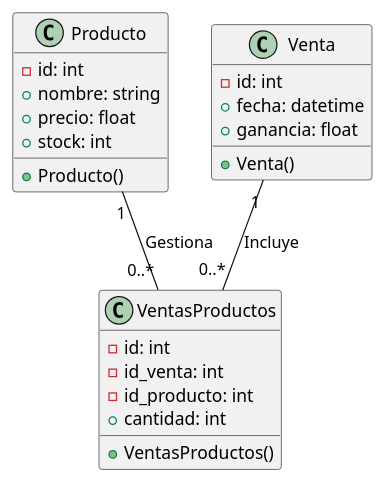
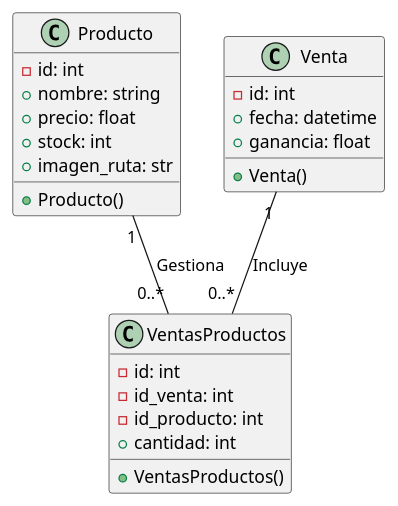
One commit to OverCV/Portalapp changed the diagram in .docs/architecture/classes.plantuml. Above: the diagram before and after it, drawn with PlantUML. The commit also changed 6 other files, not shown here.

Commit message:
Correcting fields and diagrams.

```diff
--- a/.docs/architecture/classes.plantuml
+++ b/.docs/architecture/classes.plantuml
@@ -1,64 +1,65 @@
 @startuml Diagrama de clases
 
 
 class Producto {
     -id: int
     +nombre: string
     +precio: float
     +stock: int
+    +imagen_ruta: str
     +Producto()
 }
 
 class VentasProductos {
     -id: int
     -id_venta: int
     -id_producto: int
     +cantidad: int
     +VentasProductos()
 }
 
 class Venta {
     -id: int
     +fecha: datetime
     +ganancia: float
     +Venta()
 }
 
 Venta "1" -- "0..*" VentasProductos : "Incluye"
 Producto "1" -- "0..*" VentasProductos : "Gestiona"
 
 /'
 ' Classes for later on implementation...
 
 class Deuda {
     -id: int
     -id_cliente: int
     +valor: float
     +Deuda()
 }
 
 class Cliente {
     -id: int
     +nombre: string
     +telefono: string
     +Cliente()
 }
 
 class Vendedor {
     -id: int
     +nombre: string
     +email: string
     +Vendedor()
 }
 
 class Reporte {
     -id: int
     +nombre: string
     +fecha: datetime
     +reporte: string
     +Reporte()
 }
 
 '/
 
 @enduml
```
